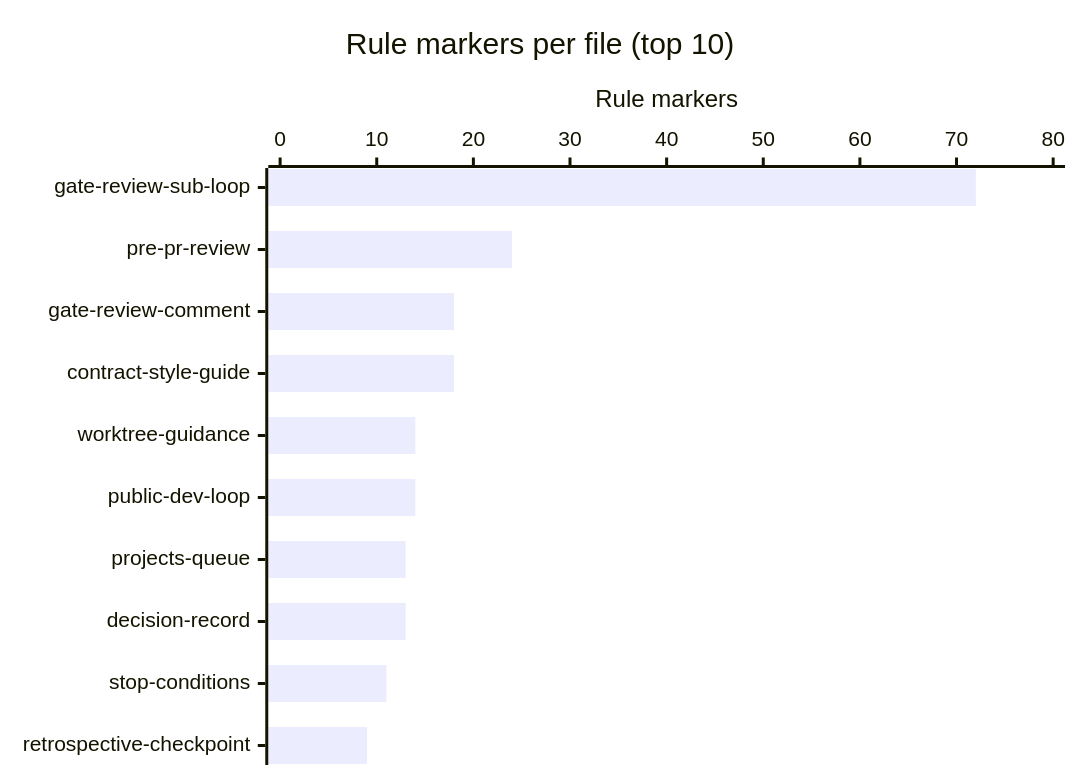
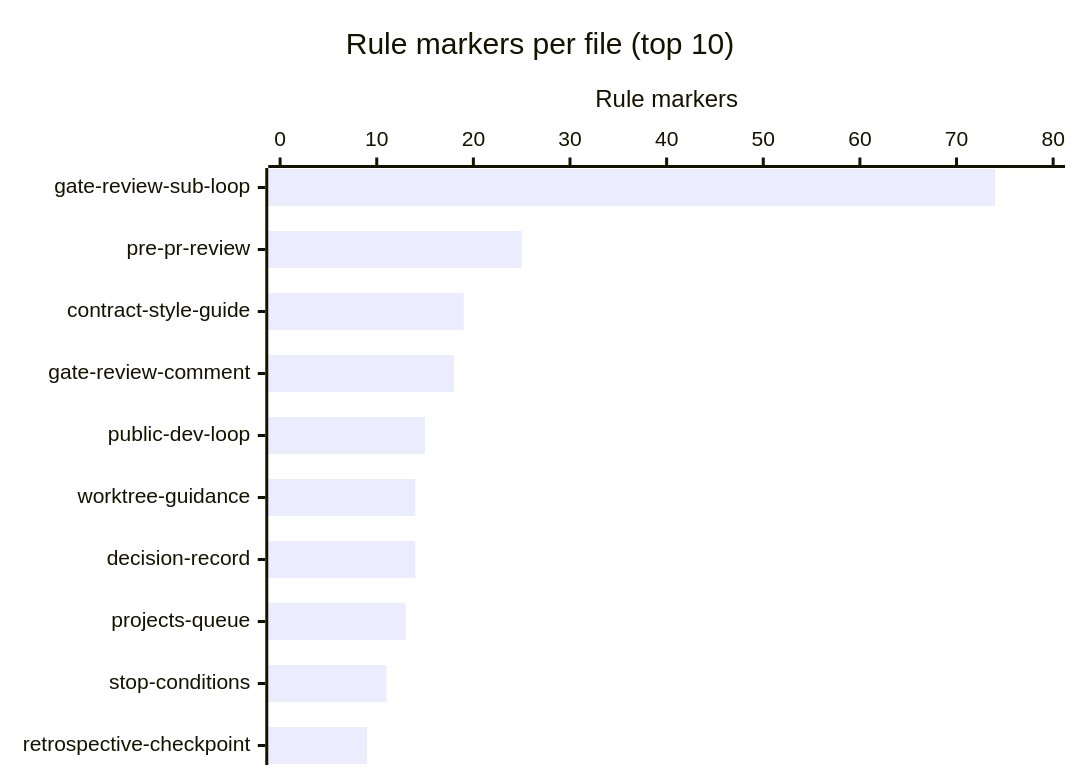
One commit to mfittko/dev-loops changed the seventh of 12 diagrams in docs/atlas/13-numbers.md. Above: the diagram before and after it, drawn with Mermaid. The commit also changed other lines of this file, not shown here.

````diff
--- a/docs/atlas/13-numbers.md
+++ b/docs/atlas/13-numbers.md
@@ -135,7 +135,7 @@
 ```mermaid
 xychart-beta horizontal
   title "Rule markers per file (top 10)"
-  x-axis ["gate-review-sub-loop", "pre-pr-review", "gate-review-comment", "contract-style-guide", "worktree-guidance", "public-dev-loop", "projects-queue", "decision-record", "stop-conditions", "retrospective-checkpoint"]
+  x-axis ["gate-review-sub-loop", "pre-pr-review", "contract-style-guide", "gate-review-comment", "public-dev-loop", "worktree-guidance", "decision-record", "projects-queue", "stop-conditions", "retrospective-checkpoint"]
   y-axis "Rule markers" 0 --> 80
-  bar [72, 24, 18, 18, 14, 14, 13, 13, 11, 9]
+  bar [74, 25, 19, 18, 15, 14, 14, 13, 11, 9]
 ```
````
